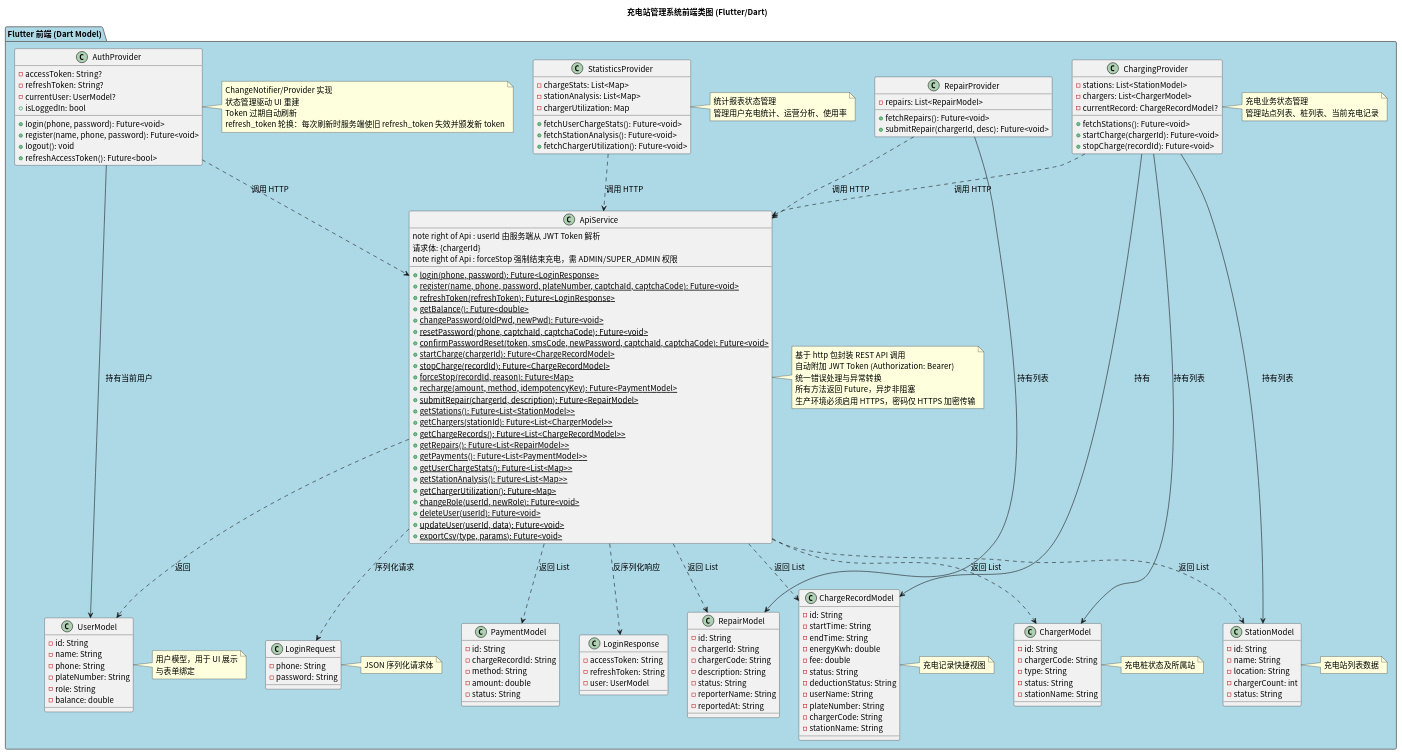
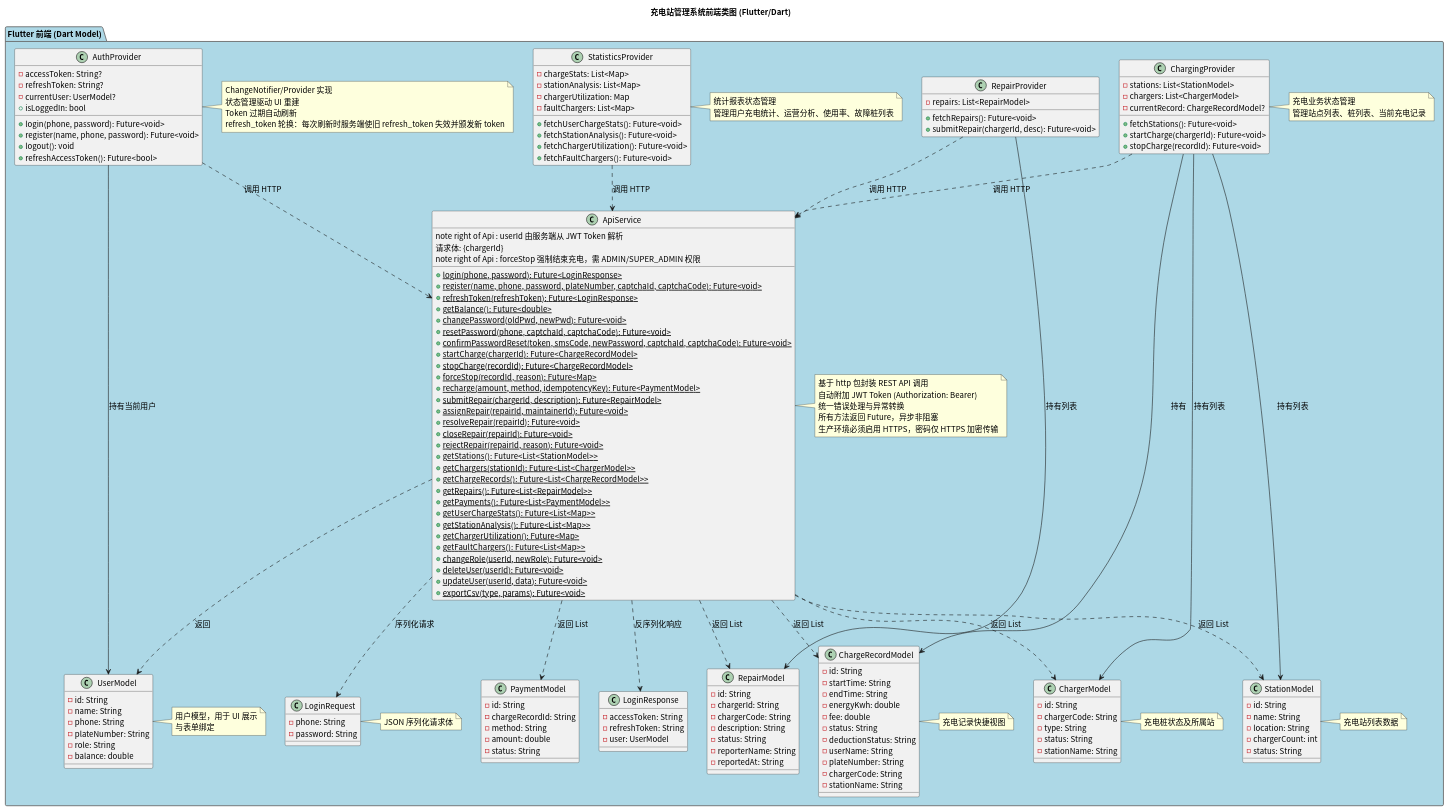
One commit to greenhandzdl/charging-station-doc changed the diagram in class/src/frontend_class_diagram.puml. Above: the diagram before and after it, drawn with PlantUML. The commit also changed 3 other files, not shown here.

First line of the commit message:
fix: 第24轮评估修复 — 跨图一致性全面补全（1 CRITICAL + 2 MAJOR + 1 MINOR）

```diff
--- a/class/src/frontend_class_diagram.puml
+++ b/class/src/frontend_class_diagram.puml
@@ -1,174 +1,181 @@
 @startuml
 skinparam defaultFontName "Noto Sans CJK SC"
 skinparam defaultFontSize 14
 title 充电站管理系统前端类图 (Flutter/Dart)
 skinparam package {
   BackgroundColor #F0F0F0
   BorderColor #666666
 }
 
 package "Flutter 前端 (Dart Model)" as FE #ADD8E6 {
 
   class "UserModel" as FUser {
     - id: String
     - name: String
     - phone: String
     - plateNumber: String
     - role: String
     - balance: double
   }
   note right of FUser : 用户模型，用于 UI 展示\n与表单绑定
 
   class "StationModel" as FStation {
     - id: String
     - name: String
     - location: String
     - chargerCount: int
     - status: String
   }
   note right of FStation : 充电站列表数据
 
   class "ChargerModel" as FCharger {
     - id: String
     - chargerCode: String
     - type: String
     - status: String
     - stationName: String
   }
   note right of FCharger : 充电桩状态及所属站
 
   class "ChargeRecordModel" as FCRecord {
     - id: String
     - startTime: String
     - endTime: String
     - energyKwh: double
     - fee: double
     - status: String
     - deductionStatus: String
     - userName: String
     - plateNumber: String
     - chargerCode: String
     - stationName: String
   }
   note right of FCRecord : 充电记录快捷视图
 
   class "PaymentModel" as FPayment {
     - id: String
     - chargeRecordId: String
     - method: String
     - amount: double
     - status: String
   }
 
   class "RepairModel" as FRepair {
     - id: String
     - chargerId: String
     - chargerCode: String
     - description: String
     - status: String
     - reporterName: String
     - reportedAt: String
   }
 
   class "LoginRequest" as LoginReq {
     - phone: String
     - password: String
   }
   note right of LoginReq : JSON 序列化请求体
 
   class "LoginResponse" as LoginResp {
     - accessToken: String
     - refreshToken: String
     - user: UserModel
   }
 
   class "ApiService" as Api {
     + {static} login(phone, password): Future<LoginResponse>
     + {static} register(name, phone, password, plateNumber, captchaId, captchaCode): Future<void>
     + {static} refreshToken(refreshToken): Future<LoginResponse>
     + {static} getBalance(): Future<double>
     + {static} changePassword(oldPwd, newPwd): Future<void>
     + {static} resetPassword(phone, captchaId, captchaCode): Future<void>
     + {static} confirmPasswordReset(token, smsCode, newPassword, captchaId, captchaCode): Future<void>
     + {static} startCharge(chargerId): Future<ChargeRecordModel>
     note right of Api : userId 由服务端从 JWT Token 解析\n请求体: {chargerId}
     + {static} stopCharge(recordId): Future<ChargeRecordModel>
     + {static} forceStop(recordId, reason): Future<Map>
     note right of Api : forceStop 强制结束充电，需 ADMIN/SUPER_ADMIN 权限
     + {static} recharge(amount, method, idempotencyKey): Future<PaymentModel>
     + {static} submitRepair(chargerId, description): Future<RepairModel>
+    + {static} assignRepair(repairId, maintainerId): Future<void>
+    + {static} resolveRepair(repairId): Future<void>
+    + {static} closeRepair(repairId): Future<void>
+    + {static} rejectRepair(repairId, reason): Future<void>
     + {static} getStations(): Future<List<StationModel>>
     + {static} getChargers(stationId): Future<List<ChargerModel>>
     + {static} getChargeRecords(): Future<List<ChargeRecordModel>>
     + {static} getRepairs(): Future<List<RepairModel>>
     + {static} getPayments(): Future<List<PaymentModel>>
     + {static} getUserChargeStats(): Future<List<Map>>
     + {static} getStationAnalysis(): Future<List<Map>>
     + {static} getChargerUtilization(): Future<Map>
+    + {static} getFaultChargers(): Future<List<Map>>
     + {static} changeRole(userId, newRole): Future<void>
     + {static} deleteUser(userId): Future<void>
     + {static} updateUser(userId, data): Future<void>
     + {static} exportCsv(type, params): Future<void>
   }
   note right of Api : 基于 http 包封装 REST API 调用\n自动附加 JWT Token (Authorization: Bearer)\n统一错误处理与异常转换\n所有方法返回 Future，异步非阻塞\n生产环境必须启用 HTTPS，密码仅 HTTPS 加密传输
 
   class "AuthProvider" as Auth {
     - accessToken: String?
     - refreshToken: String?
     - currentUser: UserModel?
     + login(phone, password): Future<void>
     + register(name, phone, password): Future<void>
     + logout(): void
     + refreshAccessToken(): Future<bool>
     + isLoggedIn: bool
   }
   note right of Auth : ChangeNotifier/Provider 实现\n状态管理驱动 UI 重建\nToken 过期自动刷新\nrefresh_token 轮换：每次刷新时服务端使旧 refresh_token 失效并颁发新 token
 
   class "ChargingProvider" as CP {
     - stations: List<StationModel>
     - chargers: List<ChargerModel>
     - currentRecord: ChargeRecordModel?
     + fetchStations(): Future<void>
     + startCharge(chargerId): Future<void>
     + stopCharge(recordId): Future<void>
   }
   note right of CP : 充电业务状态管理\n管理站点列表、桩列表、当前充电记录
 
   class "RepairProvider" as RP {
     - repairs: List<RepairModel>
     + fetchRepairs(): Future<void>
     + submitRepair(chargerId, desc): Future<void>
   }
 
   class "StatisticsProvider" as StatsP {
     - chargeStats: List<Map>
     - stationAnalysis: List<Map>
     - chargerUtilization: Map
+    - faultChargers: List<Map>
     + fetchUserChargeStats(): Future<void>
     + fetchStationAnalysis(): Future<void>
     + fetchChargerUtilization(): Future<void>
+    + fetchFaultChargers(): Future<void>
   }
-  note right of StatsP : 统计报表状态管理\n管理用户充电统计、运营分析、使用率
+  note right of StatsP : 统计报表状态管理\n管理用户充电统计、运营分析、使用率、故障桩列表
 }
 
 ' ===== 关联关系 =====
 Api ..> LoginReq : 序列化请求
 Api ..> LoginResp : 反序列化响应
 Api ..> FStation : 返回 List
 Api ..> FCharger : 返回 List
 Api ..> FUser : 返回
 Api ..> FCRecord : 返回 List
 Api ..> FPayment : 返回 List
 Api ..> FRepair : 返回 List
 
 Auth --> FUser : 持有当前用户
 Auth ..> Api : 调用 HTTP
 CP ..> Api : 调用 HTTP
 CP --> FStation : 持有列表
 CP --> FCharger : 持有列表
 CP --> FCRecord : 持有
 RP ..> Api : 调用 HTTP
 RP --> FRepair : 持有列表
 StatsP ..> Api : 调用 HTTP
 
 @enduml
```
